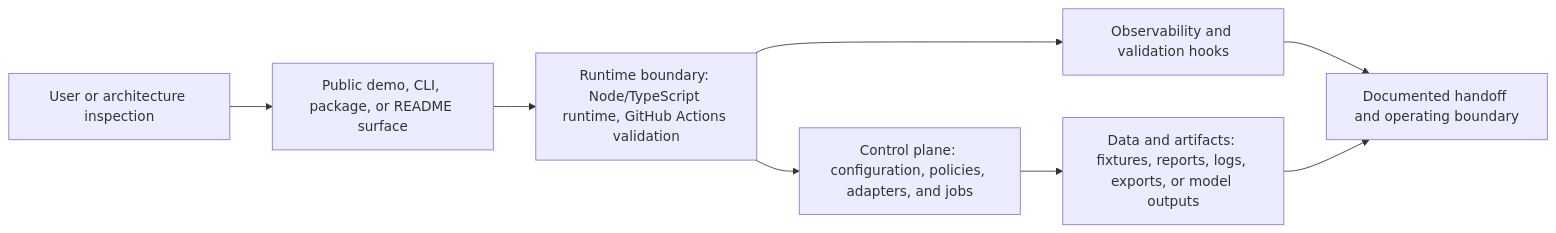
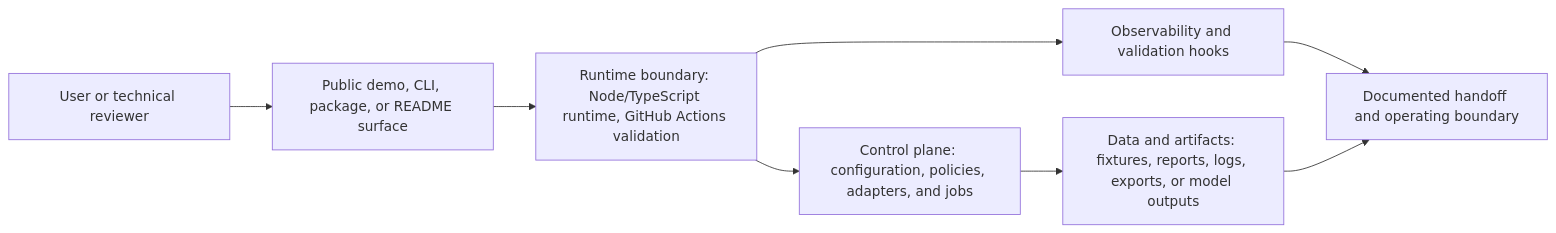
One commit to KIM3310/doeon-kim-portfolio changed the diagram in docs/system-architecture.md. Above: the diagram before and after it, drawn with Mermaid. The commit also changed 27 other files, not shown here.

Commit message:
feat: refresh portfolio architecture and presentation

````diff
--- a/docs/system-architecture.md
+++ b/docs/system-architecture.md
@@ -18,10 +18,10 @@
 ```mermaid
 flowchart LR
-    User["User or architecture inspection"] --> Surface["Public demo, CLI, package, or README surface"]
+    User["User or technical reviewer"] --> Surface["Public demo, CLI, package, or README surface"]
     Surface --> Runtime["Runtime boundary: Node/TypeScript runtime, GitHub Actions validation"]
     Runtime --> Control["Control plane: configuration, policies, adapters, and jobs"]
     Control --> Data["Data and artifacts: fixtures, reports, logs, exports, or model outputs"]
     Runtime --> Observability["Observability and validation hooks"]
     Observability --> Handoff["Documented handoff and operating boundary"]
     Data --> Handoff
 ```
````
